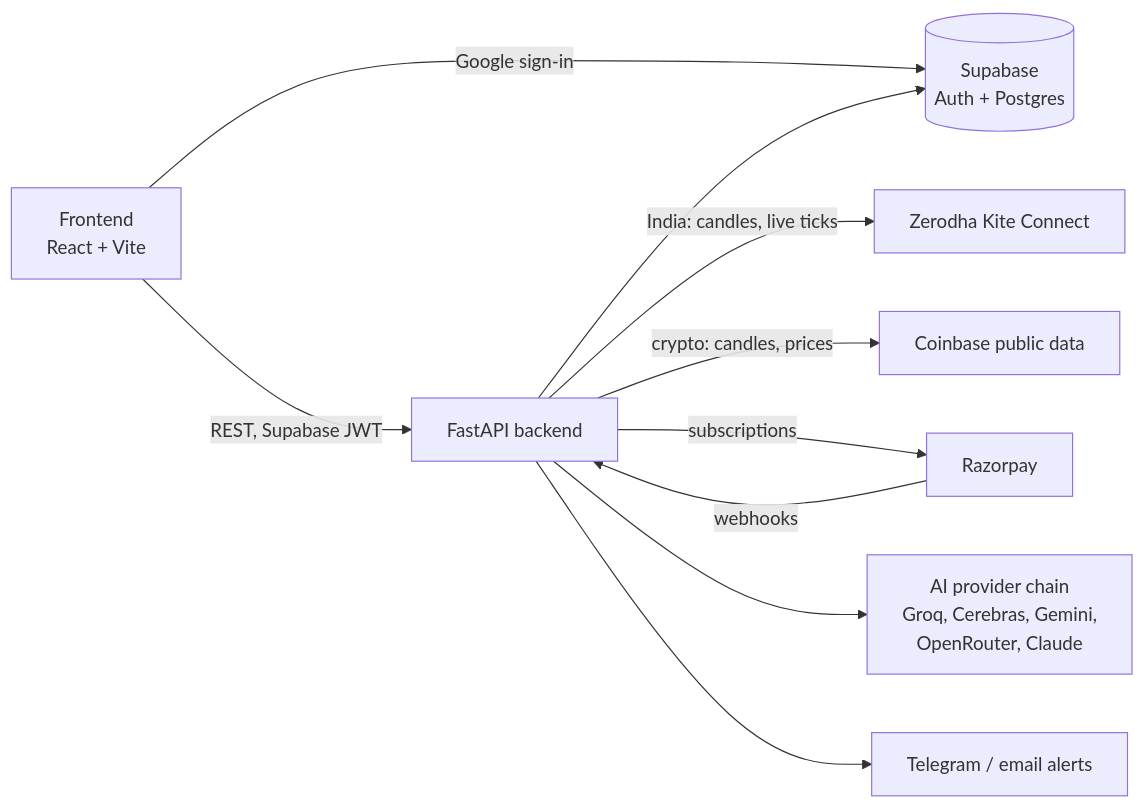
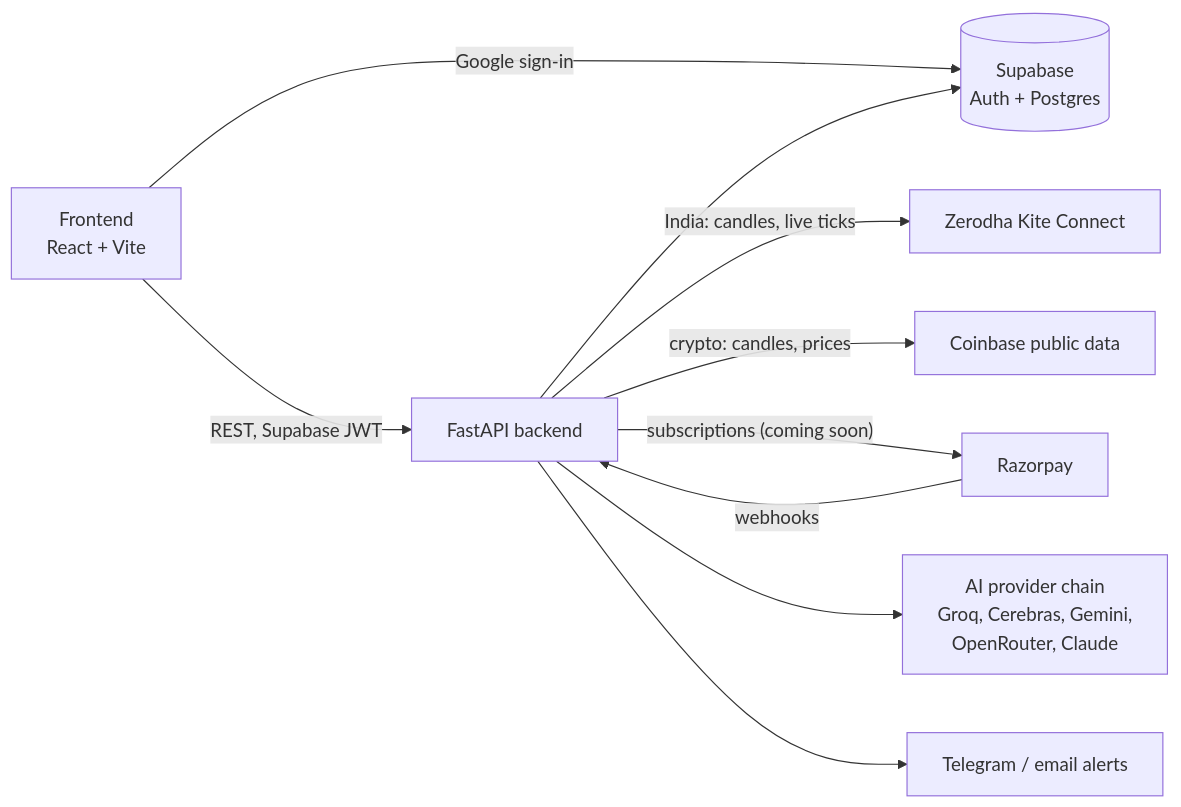
Before and after one commit to prakul1982/stratlab: the diagram in README.md, drawn with Mermaid. The commit also changed other lines of this file and 8 other files, not shown here.

````diff
--- a/README.md
+++ b/README.md
@@ -77,12 +81,12 @@
 ```mermaid
 flowchart LR
     UI["Frontend<br/>React + Vite"] -- "REST, Supabase JWT" --> API["FastAPI backend"]
     UI -- "Google sign-in" --> SB[("Supabase<br/>Auth + Postgres")]
     API --> SB
     API -- "India: candles, live ticks" --> KITE["Zerodha Kite Connect"]
     API -- "crypto: candles, prices" --> CB["Coinbase public data"]
-    API -- "subscriptions" --> RZP["Razorpay"]
+    API -- "subscriptions (coming soon)" --> RZP["Razorpay"]
     RZP -- "webhooks" --> API
     API --> AI["AI provider chain<br/>Groq, Cerebras, Gemini,<br/>OpenRouter, Claude"]
     API --> ALERT["Telegram / email alerts"]
 ```
````
